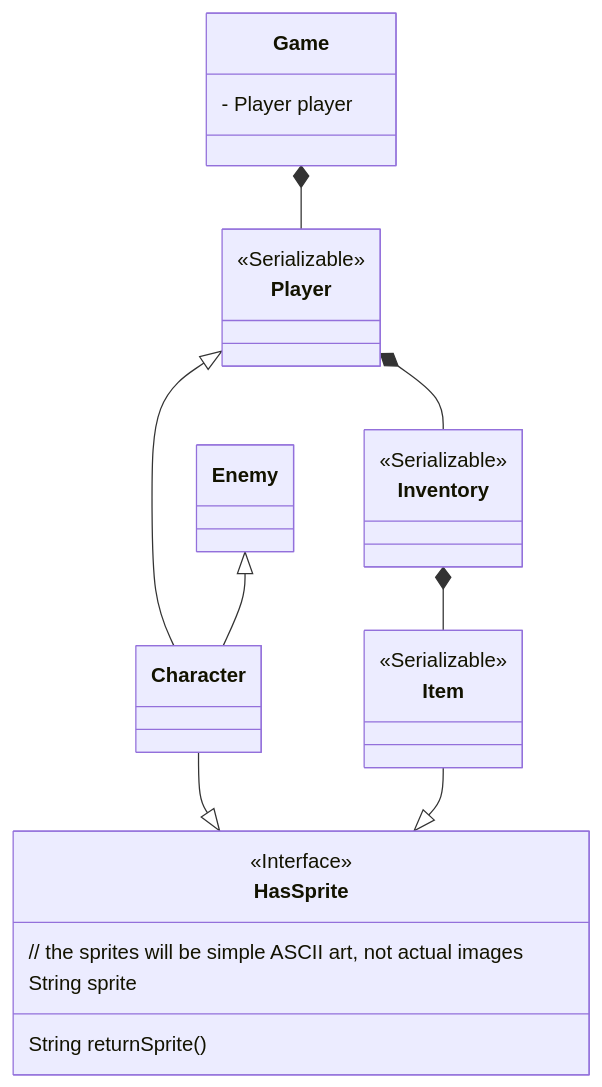
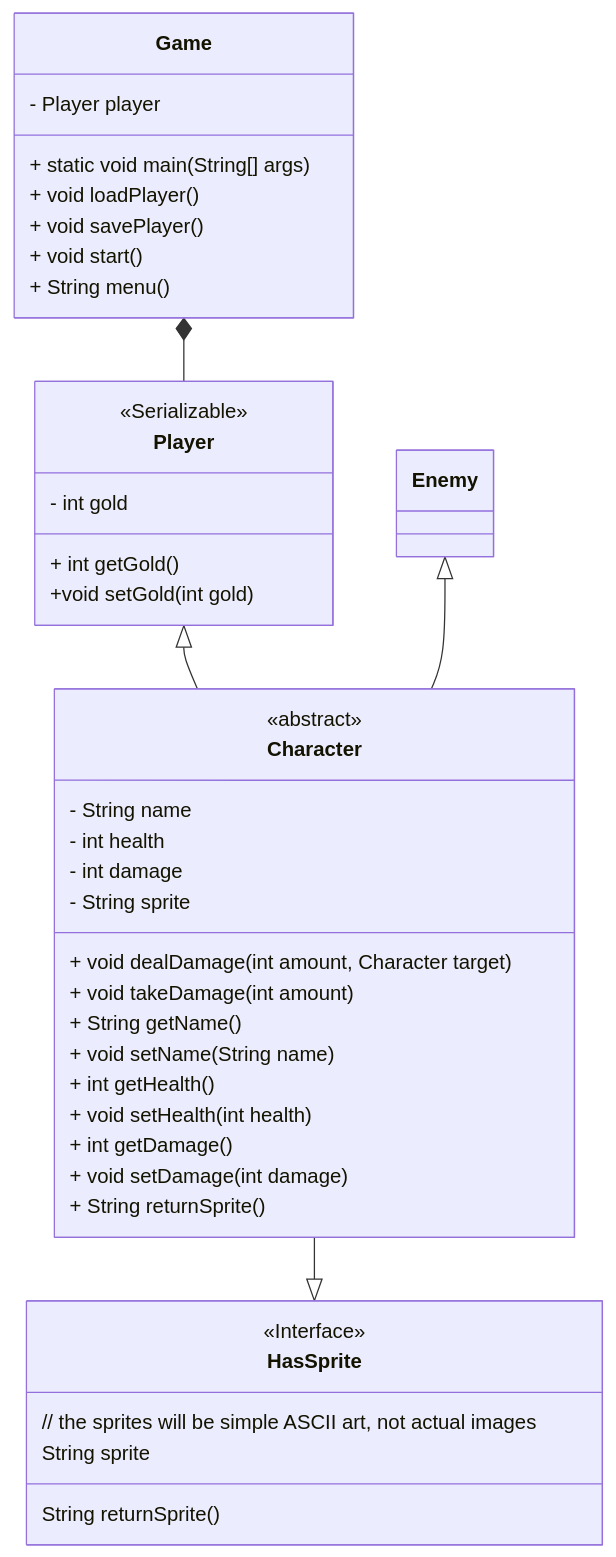
Before and after one commit to fish-2122/CS121-Final: the second of 2 diagrams in README.md, drawn with Mermaid. The commit also changed other lines of this file, not shown here.

Commit message:
added some methods and a flow chart to readme

````diff
--- a/README.md
+++ b/README.md
@@ -3,35 +18,47 @@
 ```mermaid
 classDiagram
 class Game {
     - Player player
+    + static void main(String[] args)
+    + void loadPlayer()
+    + void savePlayer()
+    + void start()
+    + String menu()
 }
 class Character {
-
+    <<abstract>>
+    - String name
+    - int health
+    - int damage
+    - String sprite
+    + void dealDamage(int amount, Character target)
+    + void takeDamage(int amount)
+    + String getName()
+    + void setName(String name)
+    + int getHealth()
+    + void setHealth(int health)
+    + int getDamage()
+    + void setDamage(int damage)
+    + String returnSprite()
 }
 class Enemy {
-
+    
 }
 class Player {
     <<Serializable>>
-}
-class Inventory {
-    <<Serializable>>
-}
-class Item {
-    <<Serializable>>
+    - int gold
+    + int getGold()
+    +void setGold(int gold)
 }
 class HasSprite {
     // the sprites will be simple ASCII art, not actual images
     <<Interface>>
     String sprite
     String returnSprite()
 }
 
 Player <|-- Character
 Enemy <|-- Character
 Character --|> HasSprite
-Item --|> HasSprite
 Game *-- Player
-Player *-- Inventory
-Inventory *-- Item
 ```
````
